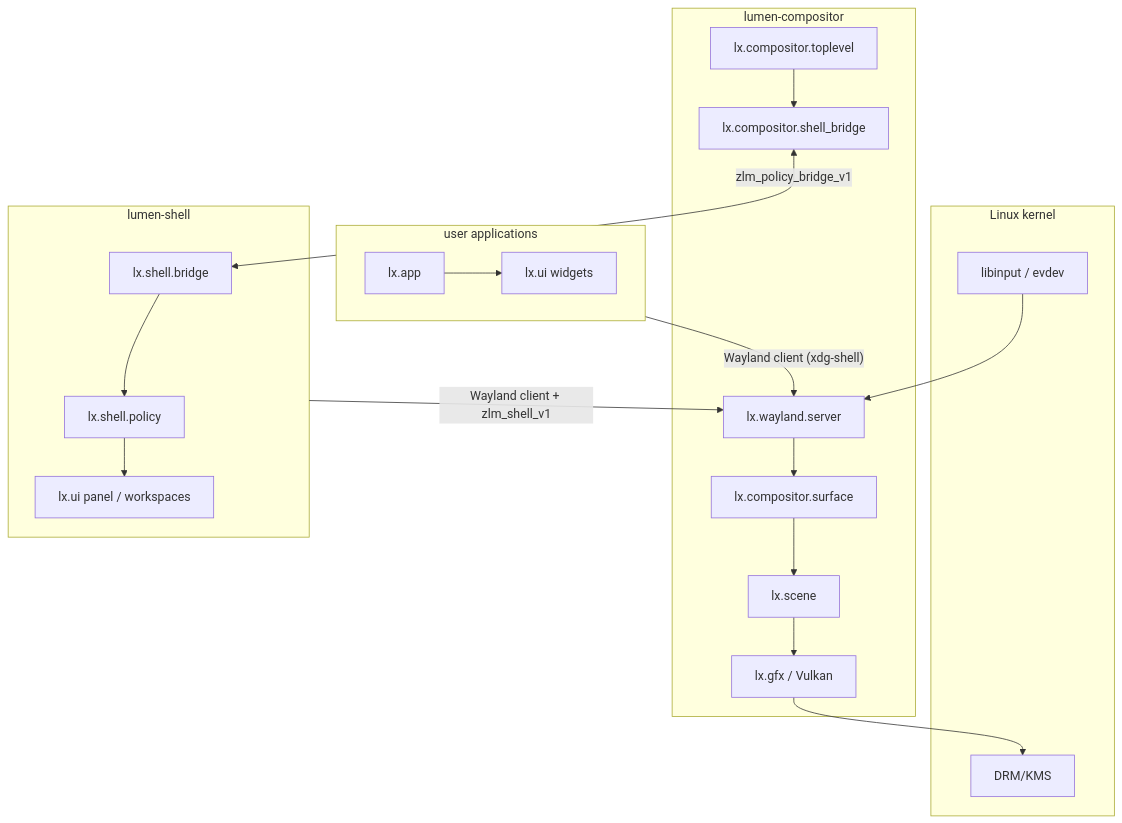
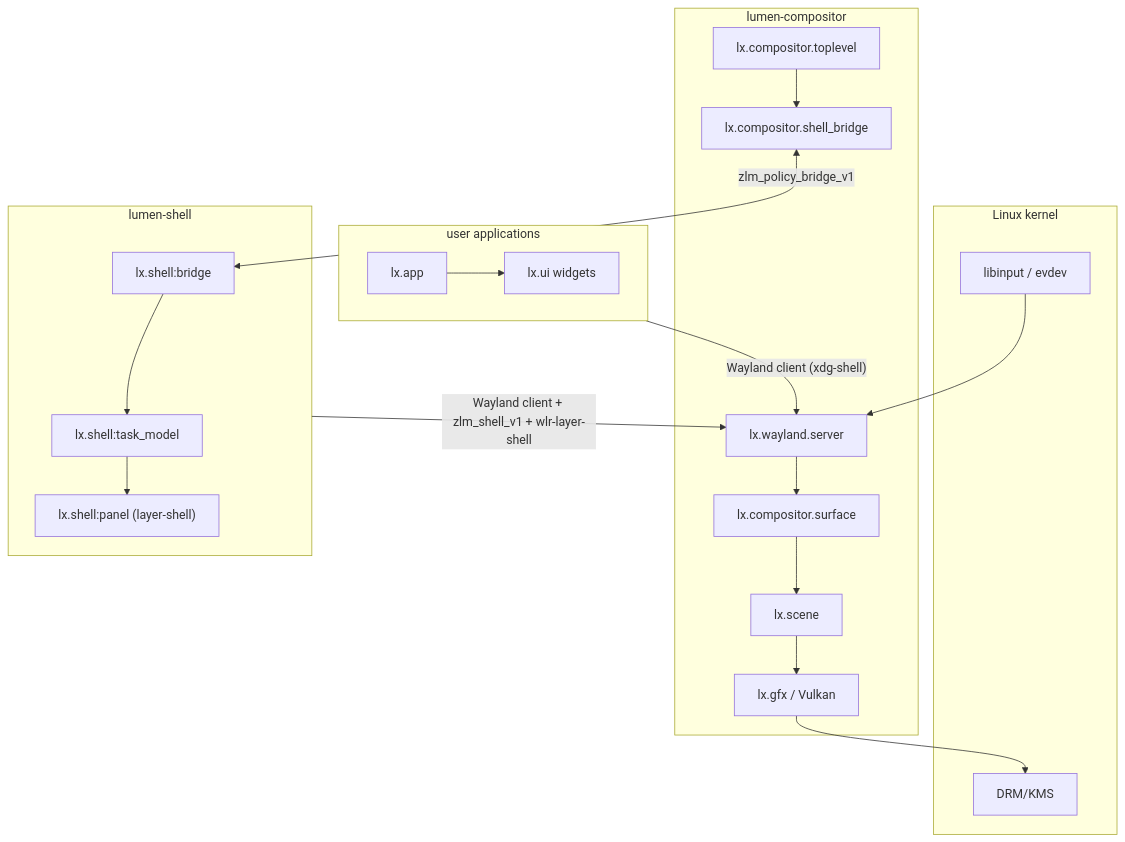
The first of 9 diagrams in docs/architecture.md (dimmus/lumen), drawn with Mermaid before and after one commit. The commit also changed other lines of this file and 57 other files, not shown here.

````diff
--- a/docs/architecture.md
+++ b/docs/architecture.md
@@ -51,37 +51,37 @@
 ```mermaid
 flowchart TB
     subgraph Kernel["Linux kernel"]
         KMS["DRM/KMS"]
         EV["libinput / evdev"]
     end
 
     subgraph Comp["lumen-compositor"]
         WLS["lx.wayland.server"]
         TOP["lx.compositor.toplevel"]
         SURF["lx.compositor.surface"]
         BRIDGE["lx.compositor.shell_bridge"]
         SCENE["lx.scene"]
         GFX["lx.gfx / Vulkan"]
         WLS --> SURF --> SCENE --> GFX
         TOP --> BRIDGE
         GFX --> KMS
         EV --> WLS
     end
 
     subgraph Shell["lumen-shell"]
-        SB["lx.shell.bridge"]
-        POL["lx.shell.policy"]
-        UI_S["lx.ui panel / workspaces"]
-        SB --> POL --> UI_S
+        SB["lx.shell:bridge"]
+        TM["lx.shell:task_model"]
+        PAN["lx.shell:panel (layer-shell)"]
+        SB --> TM --> PAN
     end
 
     subgraph Apps["user applications"]
         APP["lx.app"]
         UI_A["lx.ui widgets"]
         APP --> UI_A
     end
 
-    Shell -->|"Wayland client + zlm_shell_v1"| WLS
+    Shell -->|"Wayland client + zlm_shell_v1 + wlr-layer-shell"| WLS
     Apps -->|"Wayland client (xdg-shell)"| WLS
     BRIDGE <-->|"zlm_policy_bridge_v1"| SB
 ```
````
